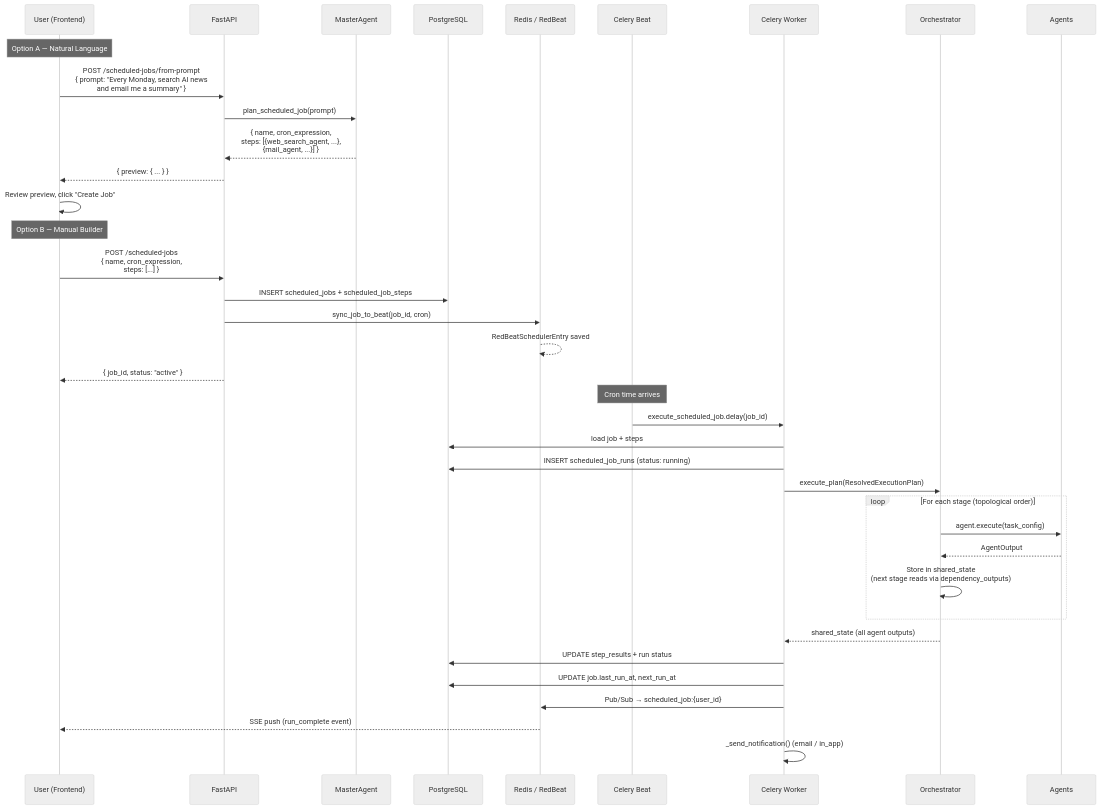
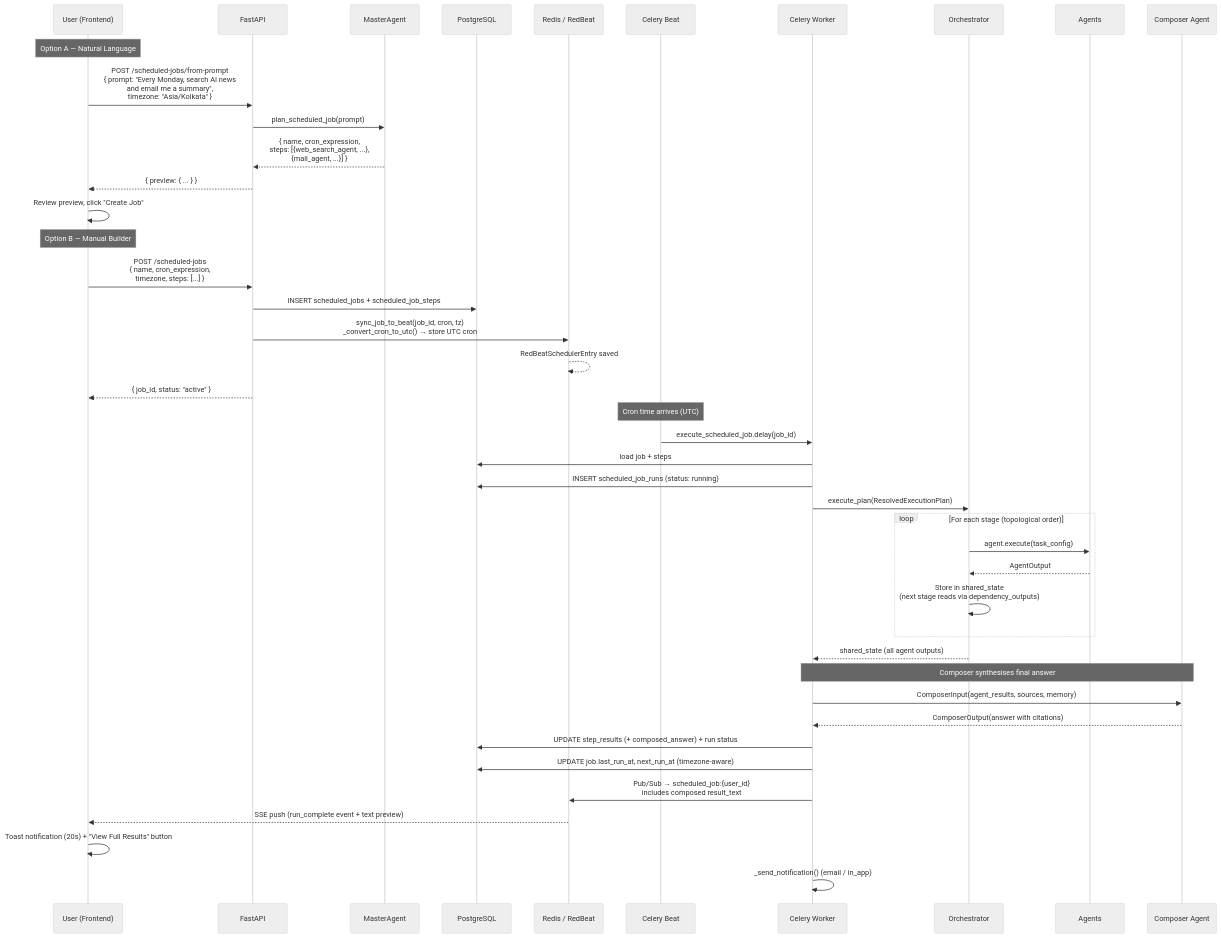
Diagram 34 of 38 in README.md (vinu0404/TopoSort-RAG), drawn with Mermaid (neutral theme) before and after one commit. The commit also changed other lines of this file, not shown here.

Commit message:
readme  fix for job

````diff
--- a/README.md
+++ b/README.md
@@ -4011,46 +4015,52 @@
 ```mermaid
 sequenceDiagram
     participant U as User (Frontend)
     participant API as FastAPI
     participant MA as MasterAgent
     participant DB as PostgreSQL
     participant RB as Redis / RedBeat
     participant Beat as Celery Beat
     participant W as Celery Worker
     participant O as Orchestrator
     participant A as Agents
+    participant C as Composer Agent
 
     Note over U: Option A — Natural Language
-    U->>API: POST /scheduled-jobs/from-prompt<br/>{ prompt: "Every Monday, search AI news<br/>and email me a summary" }
+    U->>API: POST /scheduled-jobs/from-prompt<br/>{ prompt: "Every Monday, search AI news<br/>and email me a summary",<br/>timezone: "Asia/Kolkata" }
     API->>MA: plan_scheduled_job(prompt)
     MA-->>API: { name, cron_expression,<br/>steps: [{web_search_agent, ...},<br/>{mail_agent, ...}] }
     API-->>U: { preview: { ... } }
     U->>U: Review preview, click "Create Job"
 
     Note over U: Option B — Manual Builder
-    U->>API: POST /scheduled-jobs<br/>{ name, cron_expression,<br/>steps: [...] }
+    U->>API: POST /scheduled-jobs<br/>{ name, cron_expression,<br/>timezone, steps: [...] }
 
     API->>DB: INSERT scheduled_jobs + scheduled_job_steps
-    API->>RB: sync_job_to_beat(job_id, cron)
+    API->>RB: sync_job_to_beat(job_id, cron, tz)<br/>_convert_cron_to_utc() → store UTC cron
     RB-->>RB: RedBeatSchedulerEntry saved
     API-->>U: { job_id, status: "active" }
 
-    Note over Beat: Cron time arrives
+    Note over Beat: Cron time arrives (UTC)
     Beat->>W: execute_scheduled_job.delay(job_id)
     W->>DB: load job + steps
     W->>DB: INSERT scheduled_job_runs (status: running)
 
     W->>O: execute_plan(ResolvedExecutionPlan)
     loop For each stage (topological order)
         O->>A: agent.execute(task_config)
         A-->>O: AgentOutput
         O->>O: Store in shared_state<br/>(next stage reads via dependency_outputs)
     end
     O-->>W: shared_state (all agent outputs)
 
-    W->>DB: UPDATE step_results + run status
-    W->>DB: UPDATE job.last_run_at, next_run_at
-    W->>RB: Pub/Sub → scheduled_job:{user_id}
-    RB-->>U: SSE push (run_complete event)
+    Note over W,C: Composer synthesises final answer
+    W->>C: ComposerInput(agent_results, sources, memory)
+    C-->>W: ComposerOutput(answer with citations)
+
+    W->>DB: UPDATE step_results (+ composed_answer) + run status
+    W->>DB: UPDATE job.last_run_at, next_run_at (timezone-aware)
+    W->>RB: Pub/Sub → scheduled_job:{user_id}<br/>includes composed result_text
+    RB-->>U: SSE push (run_complete event + text preview)
+    U->>U: Toast notification (20s) + "View Full Results" button
     W->>W: _send_notification() (email / in_app)
 ```
````
